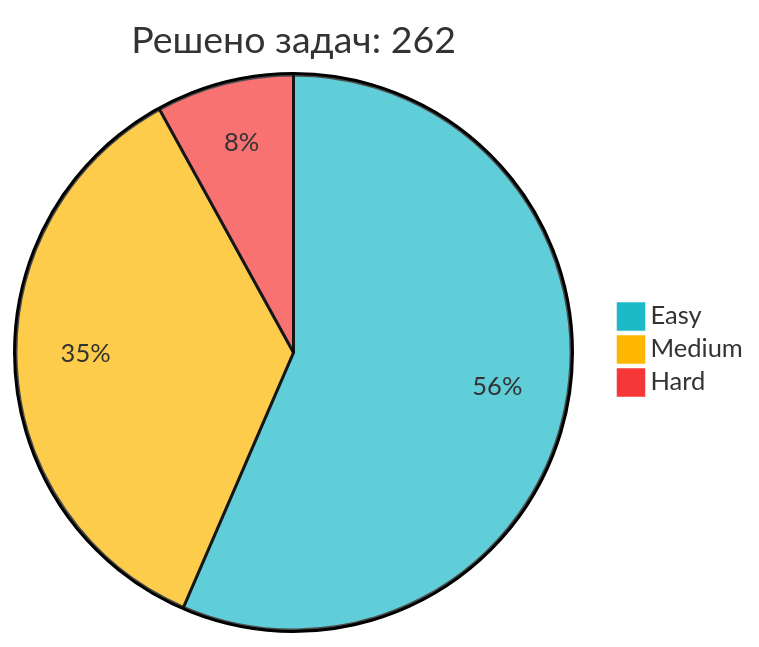
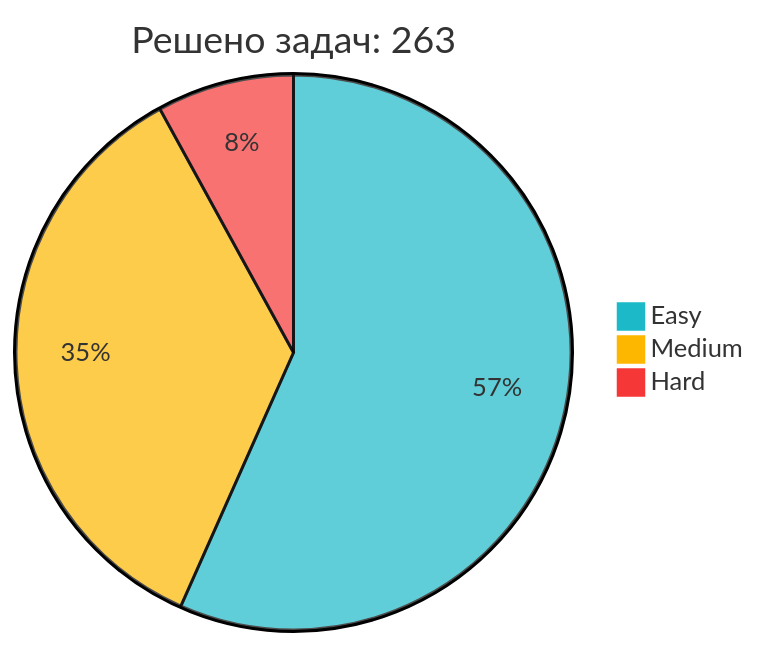
Before and after one commit to IliaKurdukov/IliaKurdukov: the diagram in README.md, drawn with Mermaid. The commit also changed other lines of this file, not shown here.

Commit message:
📈 Обновление статистики LeetCode

````diff
--- a/README.md
+++ b/README.md
@@ -51,7 +51,7 @@
 ```mermaid
 %%{init: {'theme': 'base', 'themeVariables': { 'pie1': '#1CBAC8', 'pie2': '#FEB700', 'pie3': '#F63737' }, 'config': {'width': 300, 'height': 200}}}%%
-pie title Решено задач: 262
-   "Easy" : 148
+pie title Решено задач: 263
+   "Easy" : 149
    "Medium" : 93
    "Hard" : 21
 ```
````
